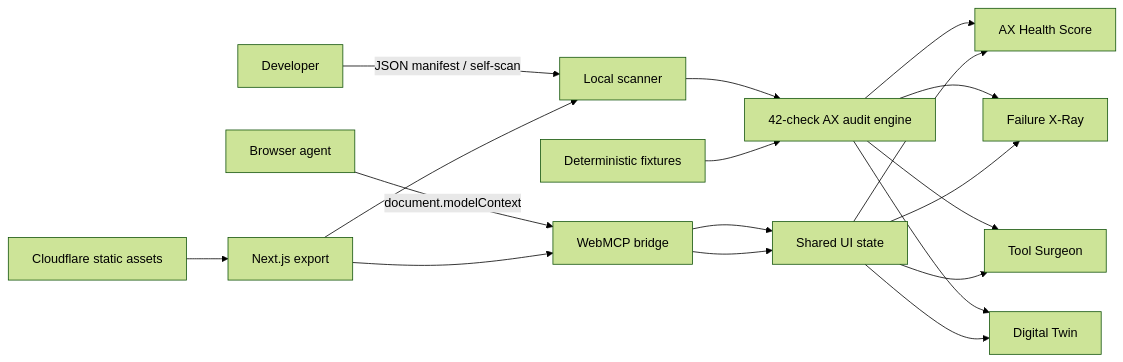
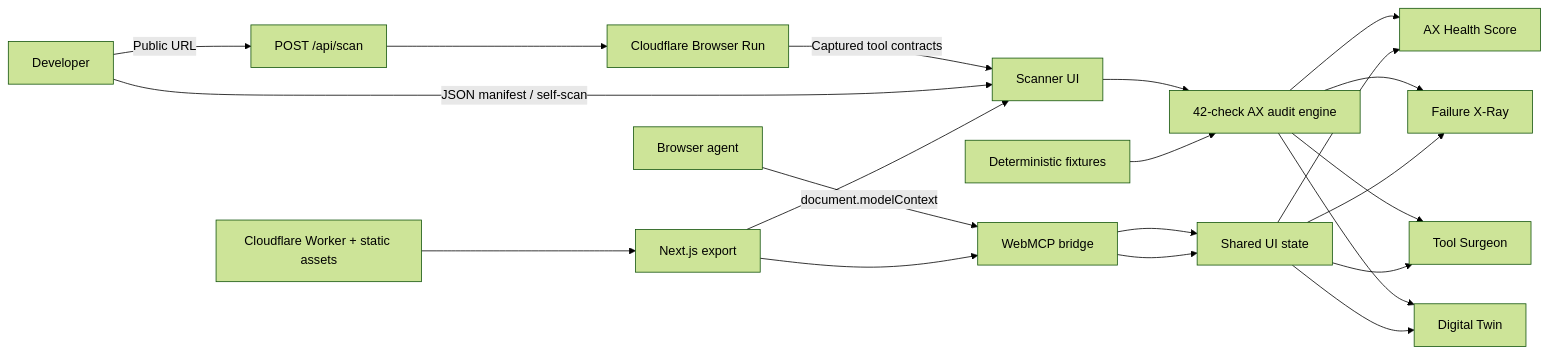
The diagram in docs/architecture.md (OtienoKeith/webmcp-doctor), drawn with Mermaid (forest theme) before and after one commit. The commit also changed other lines of this file and 15 other files, not shown here.

````diff
--- a/docs/architecture.md
+++ b/docs/architecture.md
@@ -5,20 +5,23 @@
 ```mermaid
 flowchart LR
     A[Browser agent] -->|document.modelContext| B[WebMCP bridge]
-    C[Developer] -->|JSON manifest / self-scan| D[Local scanner]
+    C[Developer] -->|Public URL| N[POST /api/scan]
+    N --> O[Cloudflare Browser Run]
+    O -->|Captured tool contracts| D[Scanner UI]
+    C -->|JSON manifest / self-scan| D
     B --> E[Shared UI state]
     D --> F[42-check AX audit engine]
     F --> G[AX Health Score]
     F --> H[Failure X-Ray]
     F --> I[Tool Surgeon]
     F --> J[Digital Twin]
     B --> E
     E --> G
     E --> H
     E --> I
     E --> J
     K[Deterministic fixtures] --> F
-    L[Cloudflare static assets] --> M[Next.js export]
+    L[Cloudflare Worker + static assets] --> M[Next.js export]
     M --> B
     M --> D
 ```
````
